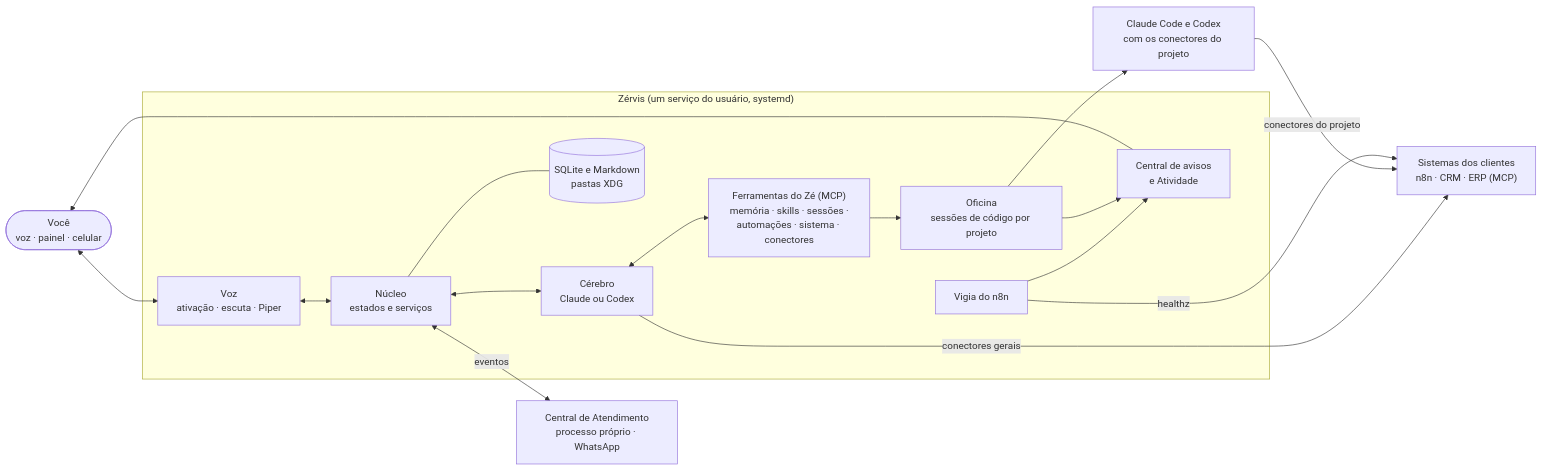
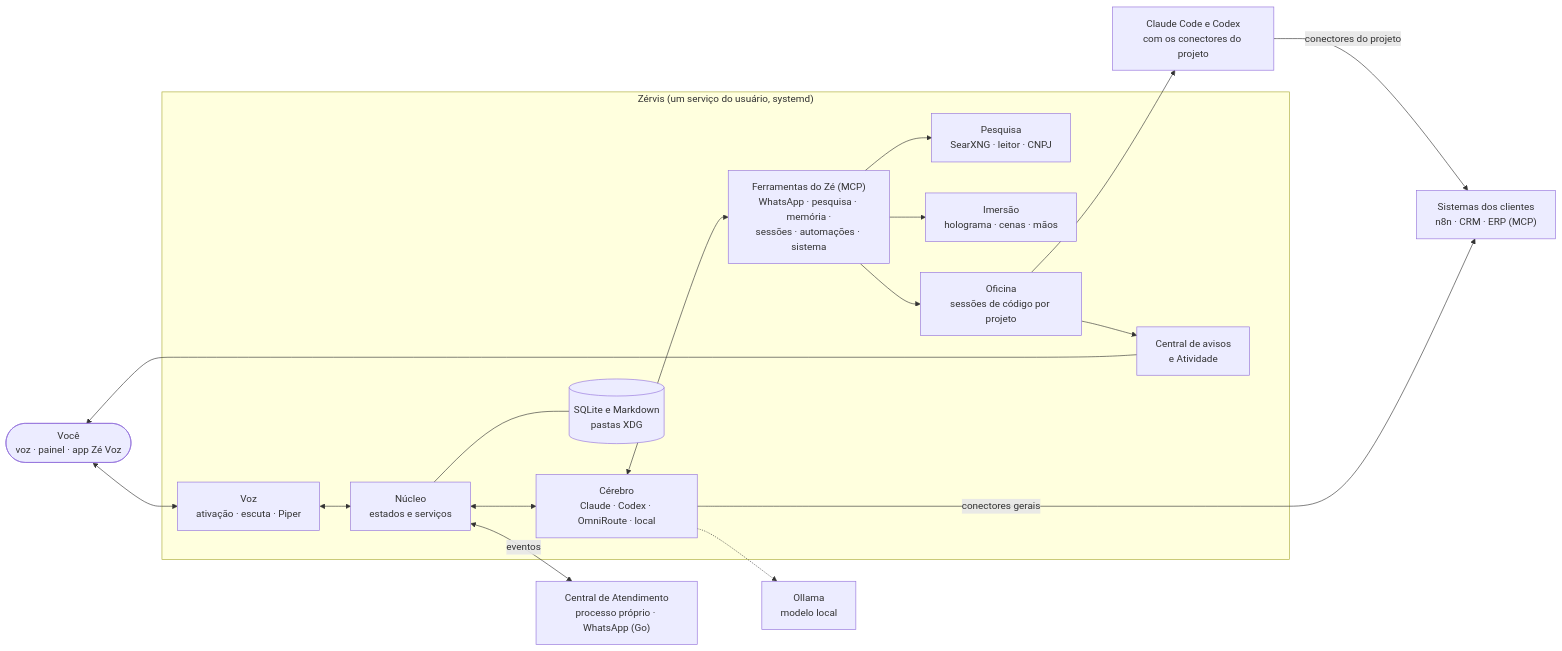
The diagram in README.md (gestordescomplicaa-web/zervis), drawn with Mermaid before and after one commit. The commit also changed other lines of this file, not shown here.

First line of the commit message:
README: o Zé de hoje, com o dia a dia por voz e o que ele faz por área

````diff
--- a/README.md
+++ b/README.md
@@ -94,30 +157,32 @@
 ```mermaid
 flowchart LR
-    voce(["Você<br>voz · painel · celular"])
+    voce(["Você<br>voz · painel · app Zé Voz"])
 
     subgraph ze["Zérvis (um serviço do usuário, systemd)"]
         nucleo["Núcleo<br>estados e serviços"]
         voz["Voz<br>ativação · escuta · Piper"]
-        cerebro["Cérebro<br>Claude ou Codex"]
-        mcpze["Ferramentas do Zé (MCP)<br>memória · skills · sessões ·<br>automações · sistema · conectores"]
+        cerebro["Cérebro<br>Claude · Codex · OmniRoute · local"]
+        mcpze["Ferramentas do Zé (MCP)<br>WhatsApp · pesquisa · memória ·<br>sessões · automações · sistema"]
+        pesquisa["Pesquisa<br>SearXNG · leitor · CNPJ"]
+        imersao["Imersão<br>holograma · cenas · mãos"]
         oficina["Oficina<br>sessões de código por projeto"]
         avisos["Central de avisos<br>e Atividade"]
-        vigia["Vigia do n8n"]
         dados[("SQLite e Markdown<br>pastas XDG")]
     end
 
-    central["Central de Atendimento<br>processo próprio · WhatsApp"]
+    central["Central de Atendimento<br>processo próprio · WhatsApp (Go)"]
+    ollama["Ollama<br>modelo local"]
     agentes["Claude Code e Codex<br>com os conectores do projeto"]
     externos["Sistemas dos clientes<br>n8n · CRM · ERP (MCP)"]
 
     voce <--> voz <--> nucleo
     nucleo <--> cerebro <--> mcpze
+    cerebro -.-> ollama
+    mcpze --> pesquisa
+    mcpze --> imersao
+    mcpze --> oficina --> agentes -- conectores do projeto --> externos
     cerebro -- conectores gerais --> externos
-    mcpze --> oficina --> agentes -- conectores do projeto --> externos
-    vigia -- healthz --> externos
-    vigia --> avisos
-    oficina --> avisos
-    avisos --> voce
+    oficina --> avisos --> voce
     nucleo <-->|eventos| central
     nucleo --- dados
 ```
````
